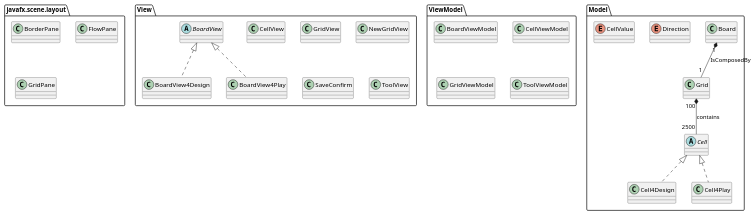
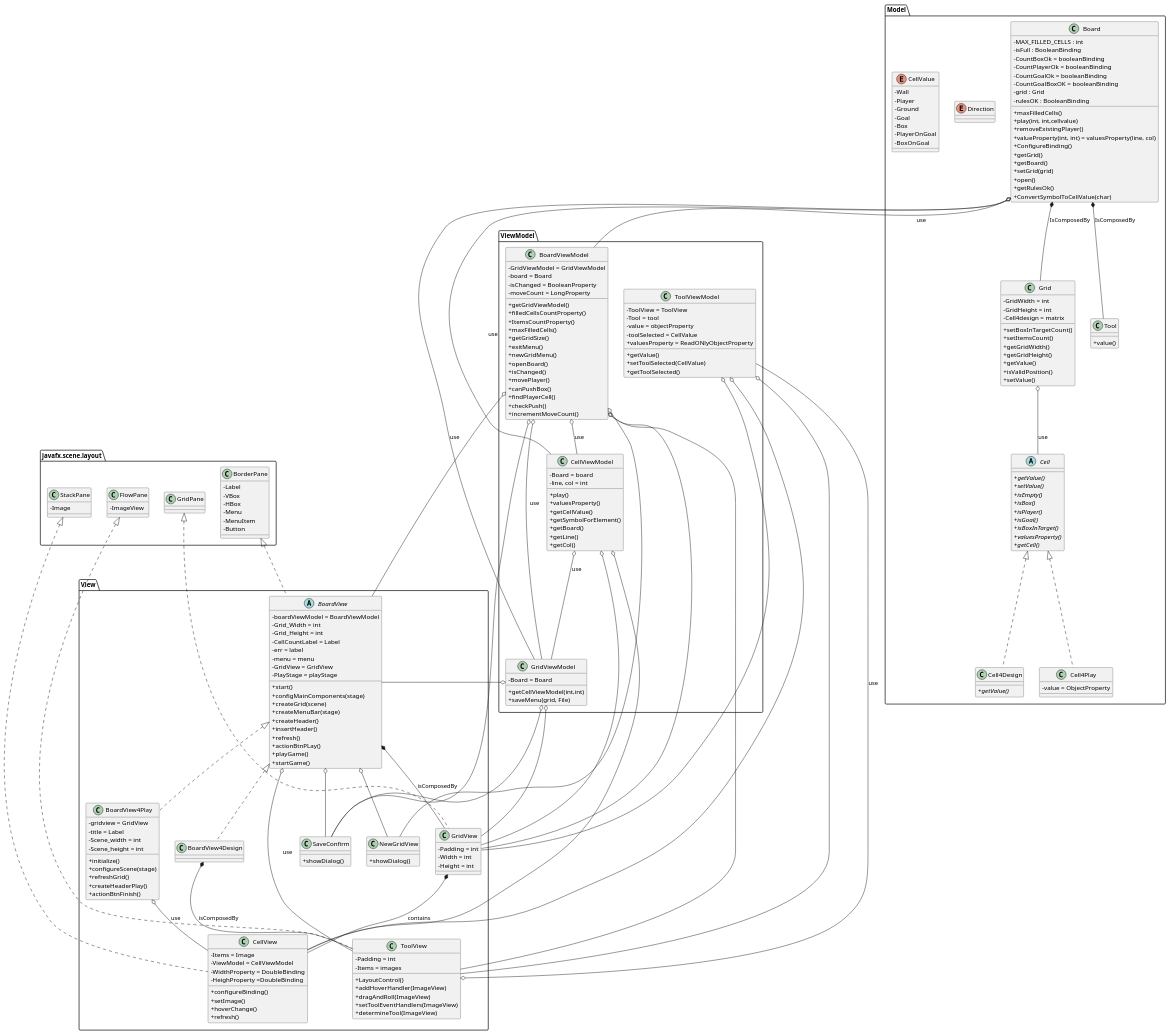
The diagram in src/main/diagram/diagram de classe logicielle design.puml (xxPHDEVxx/Sokkoban-2D), drawn with PlantUML before and after one commit. The commit also changed 2 other files, not shown here.

Commit message:
doc(diagram logiciel):fin diagram

```diff
--- a/src/main/diagram/diagram de classe logicielle design.puml
+++ b/src/main/diagram/diagram de classe logicielle design.puml
@@ -5,38 +5,240 @@
 skinparam defaultFontName Consolas      /' Utilisation de la police Consolas par défaut '/
 !pragma useIntermediatePackages false   /' Désactive l'utilisation de packages intermédiaires '/
 
-class javafx.scene.layout.BorderPane { }
-class javafx.scene.layout.FlowPane { }
+class javafx.scene.layout.BorderPane {
+    -Label
+    -VBox
+    -HBox
+    -Menu
+    -MenuItem
+    -Button
+    }
+class javafx.scene.layout.FlowPane {
+    -ImageView
+}
 class javafx.scene.layout.GridPane { }
+class javafx.scene.layout.StackPane {
+    -Image
+}
 
-class Model.Board{}
+class Model.Board{
+    -MAX_FILLED_CELLS : int
+    -isFull : BooleanBinding
+    -CountBoxOk = booleanBinding
+    -CountPlayerOk = booleanBinding
+    -CountGoalOk = booleanBinding
+    -CountGoalBoxOK = booleanBinding
+    -grid : Grid
+    -rulesOK : BooleanBinding
+    +maxFilledCells()
+    +play(int, int,cellvalue)
+    +removeExistingPlayer()
+    +valueProperty(int, int) = valuesProperty(line, col)
+    +ConfigureBinding()
+    +getGrid()
+    +getBoard()
+    +setGrid(grid)
+    +open()
+    +getRulesOk()
+    +ConvertSymbolToCellValue(char)
+}
 enum Model.Direction{}
-enum Model.CellValue{}
-class Model.Grid{}
-abstract class Model.Cell{}
-class Model.Cell4Design{}
-class Model.Cell4Play{}
+enum Model.CellValue{
+    -Wall
+    -Player
+    -Ground
+    -Goal
+    -Box
+    -PlayerOnGoal
+    -BoxOnGoal
+}
+class Model.Grid{
+    -GridWidth = int
+    -GridHeight = int
+    -Cell4design = matrix
+    +setBoxInTargetCount()
+    +setItemsCount()
+    +getGridWidth()
+    +getGridHeight()
+    +getValue()
+    +isValidPosition()
+    +setValue()
+}
+class Model.Tool{
+    +value()
+    }
+abstract class Model.Cell{
+    +{abstract} getValue()
+    +{abstract} setValue()
+    +{abstract}isEmpty()
+    +{abstract}isBox()
+    +{abstract}isPlayer()
+    +{abstract}isGoal()
+    +{abstract}isBoxInTarget()
+    +{abstract}valuesProperty()
+    +{abstract}getCell()
+}
+class Model.Cell4Design{
+    +{abstract} getValue()
+}
+class Model.Cell4Play{
+    -value = ObjectProperty
+}
 
-abstract class View.BoardView {}
+abstract class View.BoardView {
+    -boardViewModel = BoardViewModel
+    -Grid_Width = int
+    -Grid_Height = int
+    -CellCountLabel = Label
+    -err = label
+    -menu = menu
+    -GridView = GridView
+    -PlayStage = playStage
+    +start()
+    +configMainComponents(stage)
+    +createGrid(scene)
+    +createMenuBar(stage)
+    +createHeader()
+    +insertHeader()
+    +refresh()
+    +actionBtnPLay()
+    +playGame()
+    +startGame()
+}
 class View.BoardView4Design{}
-class View.BoardView4Play{}
-class View.CellView{}
-class View.GridView{}
-class View.NewGridView{}
-class View.SaveConfirm{}
-class View.ToolView{}
+class View.BoardView4Play{
+    -gridview = GridView
+    -title = Label
+    -Scene_width = int
+    -Scene_height = int
+    +initialize()
+    +configureScene(stage)
+    +refreshGrid()
+    +createHeaderPlay()
+    +actionBtnFinish()
+}
+class View.CellView{
+    -Items = Image
+    -ViewModel = CellViewModel
+    -WidthProperty = DoubleBinding
+    -HeighProperty =DoubleBinding
+    +configureBinding()
+    +setImage()
+    +hoverChange()
+    +refresh()
+}
+class View.GridView{
+    -Padding = int
+    -Width = int
+    -Height = int
+}
+class View.NewGridView{
+    +showDialog()
+}
+class View.SaveConfirm{
+    +showDialog()
+}
+class View.ToolView{
+    -Padding = int
+    -Items = images
+    +LayoutControl()
+    +addHoverHandler(ImageView)
+    +dragAndRoll(ImageView)
+    +setToolEventHandlers(ImageView)
+    +determineTool(ImageView)
+}
 
-class ViewModel.BoardViewModel {}
-class ViewModel.CellViewModel {}
-class ViewModel.GridViewModel {}
-class ViewModel.ToolViewModel {}
+class ViewModel.BoardViewModel {
+    -GridViewModel = GridViewModel
+    -board = Board
+    -isChanged = BooleanProperty
+    -moveCount = LongProperty
+    +getGridViewModel()
+    +filledCellsCountProperty()
+    +ItemsCountProperty()
+    +maxFilledCells()
+    +getGridSize()
+    +exitMenu()
+    +newGridMenu()
+    +openBoard()
+    +isChanged()
+    +movePlayer()
+    +canPushBox()
+    +findPlayerCell()
+    +checkPush()
+    +incrementMoveCount()
+}
+class ViewModel.CellViewModel {
+    -Board = board
+    -line, col = int
+    +play()
+    +valuesProperty()
+    +getCellValue()
+    +getSymbolForElement()
+    +getBoard()
+    +getLine()
+    +getCol()
+}
+class ViewModel.GridViewModel {
+    -Board = Board
+    +getCellViewModel(int,int)
+    +saveMenu(grid, File)
+}
+class ViewModel.ToolViewModel {
+    -ToolView = ToolView
+    -Tool = tool
+    -value = objectProperty
+    -toolSelected = CellValue
+    +getValue()
+    +valuesProperty = ReadONlyObjectProperty
+    +setToolSelected(CellValue)
+    +getToolSelected()
+}
 
 Cell <|.. Cell4Design
 Cell <|.. Cell4Play
 BoardView <|.. BoardView4Design
 BoardView <|.. BoardView4Play
+BoardView o-- SaveConfirm
 
-Board "1" *-- "1" Grid: IsComposedBy
-Grid "100" *-- "2500" Cell : contains
+Board *-- Grid: IsComposedBy
+Board *-- Tool: IsComposedBy
+Grid o-- Cell : use
+
+BoardView *-- GridView : isComposedBy
+BoardView4Design *-- ToolView : isComposedBy
+GridView *-- CellView : contains
+BoardView o-- NewGridView
+
+
+BoardViewModel o-- CellViewModel : use
+CellViewModel o-- GridViewModel : use
+BoardViewModel o-- GridViewModel : use
+
+BorderPane <|.. BoardView
+StackPane <|.. CellView
+GridPane <|.. GridView
+FlowPane <|.. ToolView
+
+Board o-- CellViewModel : use
+Board o-- GridViewModel : use
+Board o-- BoardViewModel : use
+BoardView4Play o-- CellView : use
+BoardView o-- ToolView : use
+
+ToolView o-- ToolViewModel : use
+BoardViewModel o-- BoardView
+BoardViewModel o-- ToolView
+BoardViewModel o-- GridView
+BoardViewModel o-- SaveConfirm
+BoardViewModel o-- NewGridView
+CellViewModel o-- CellView
+CellViewModel o-- GridView
+GridViewModel o-- BoardView
+GridViewModel o-- SaveConfirm
+GridViewModel o-- GridView
+ToolViewModel o-- ToolView
+ToolViewModel o-- GridView
+ToolViewModel o-- CellView
 
 @enduml
```
